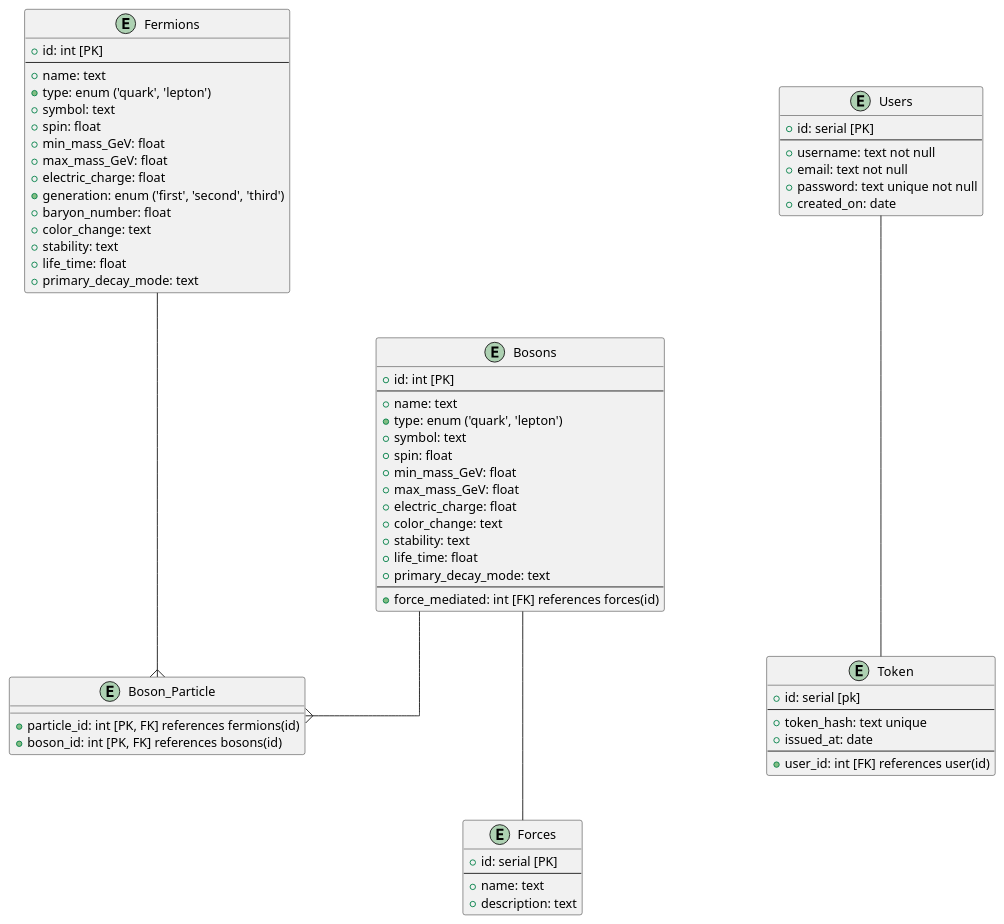
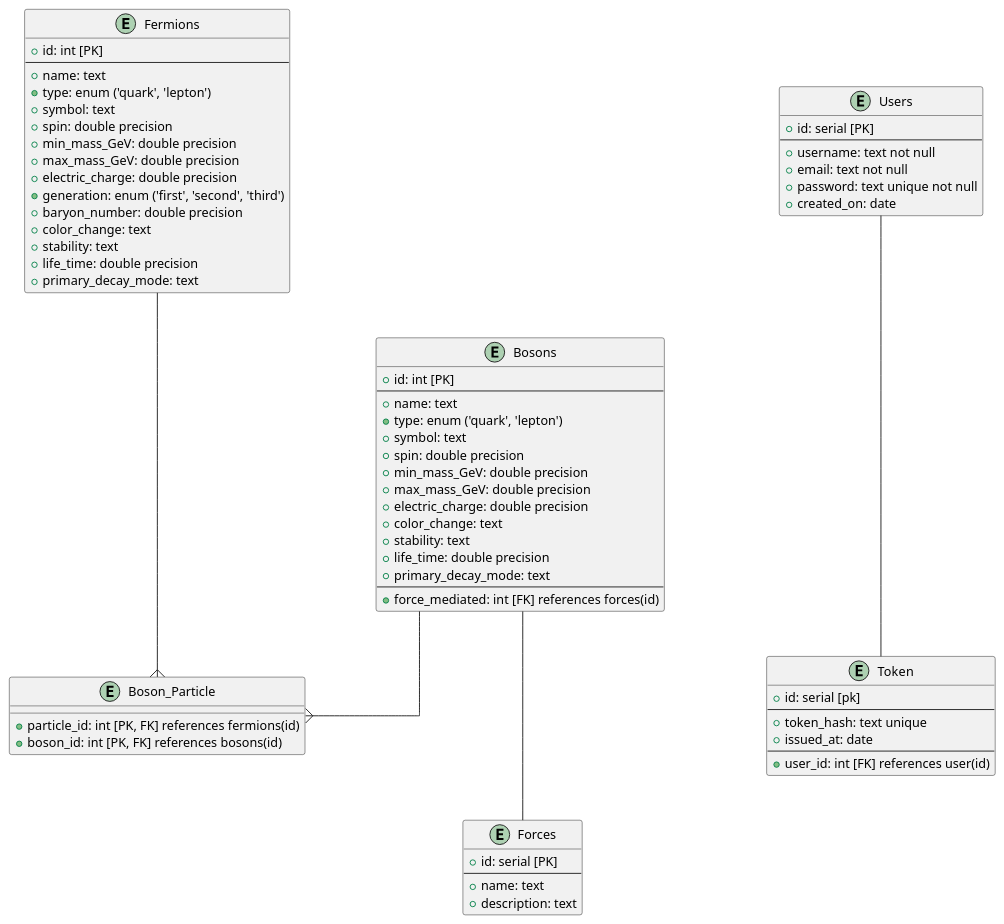
The diagram in particles-erd.puml (therakius/particles-api), drawn with PlantUML before and after one commit.

Commit message:
updated datatypes

```diff
--- a/particles-erd.puml
+++ b/particles-erd.puml
@@ -1,87 +1,87 @@
 @startuml particles_database
 skinparam {
     Nodesep 160
     Ranksep 50
     Linetype ortho
 }
 
 skinparam entity {
     BackgroundColor LightBlue
     FontSize 14
     ArrowThickness 1
 }
 
 entity "Fermions" as fermions {
     +id: int [PK]
     --
     +name: text
     +type: enum ('quark', 'lepton')
     +symbol: text
-    +spin: float
-    +min_mass_GeV: float
-    +max_mass_GeV: float
-    +electric_charge: float
+    +spin: double precision
+    +min_mass_GeV: double precision
+    +max_mass_GeV: double precision
+    +electric_charge: double precision
     +generation: enum ('first', 'second', 'third')
-    +baryon_number: float
+    +baryon_number: double precision
     +color_change: text
     +stability: text
-    +life_time: float
+    +life_time: double precision
     +primary_decay_mode: text
 }
 
 entity "Bosons" as bosons {
     +id: int [PK]
     --
     +name: text
     +type: enum ('quark', 'lepton')
     +symbol: text
-    +spin: float
-    +min_mass_GeV: float
-    +max_mass_GeV: float
-    +electric_charge: float
+    +spin: double precision
+    +min_mass_GeV: double precision
+    +max_mass_GeV: double precision
+    +electric_charge: double precision
     +color_change: text
     +stability: text
-    +life_time: float
+    +life_time: double precision
     +primary_decay_mode: text
     --
     +force_mediated: int [FK] references forces(id)
 }
 
 entity "Forces" as forces {
     +id: serial [PK]
     --
     +name: text
     +description: text
 }
 
 entity "Boson_Particle" as boson_particle {
     +particle_id: int [PK, FK] references fermions(id)
     +boson_id: int [PK, FK] references bosons(id)
 }
 
 entity "Users" as users {
     +id: serial [PK]
     --
     +username: text not null
     +email: text not null
     +password: text unique not null
     +created_on: date
 }
 
 entity "Token" as tokens {
     +id: serial [pk]
     --
     +token_hash: text unique
     +issued_at: date
     --
     +user_id: int [FK] references user(id)
 }
 
 'relationships'
 
 fermions ---{ boson_particle 
 bosons --{ boson_particle 
 bosons --- forces
 users --- tokens
 
 @enduml
```
